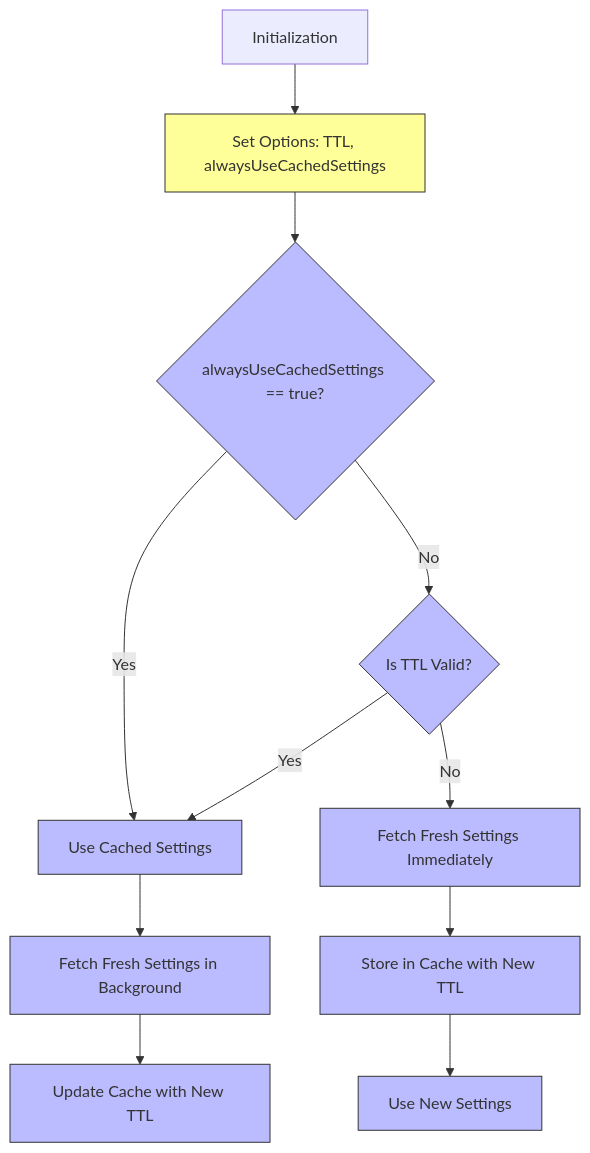
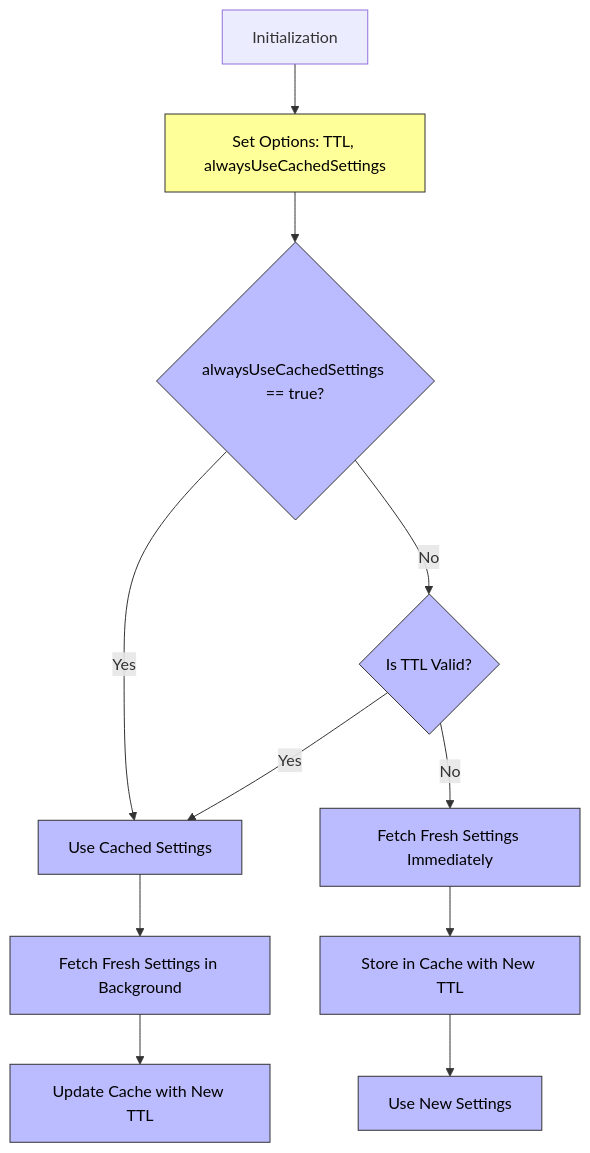
One commit to wingify/readme-central changed the diagram in docs/SDK Reference/mobile-sdks/fme-javascript/cache-settings.md. Above: the diagram before and after it, drawn with Mermaid.

Commit message:
Update doc `cache-settings`

````diff
--- a/docs/SDK Reference/mobile-sdks/fme-javascript/cache-settings.md
+++ b/docs/SDK Reference/mobile-sdks/fme-javascript/cache-settings.md
@@ -128,25 +128,26 @@
 ```mermaid
 flowchart TD
     A[Initialization] --> B[Set Options: TTL, alwaysUseCachedSettings]
     B --> C{alwaysUseCachedSettings == true?}
 
     %% If alwaysUseCachedSettings is true
     C -->|Yes| D[Use Cached Settings]
     D --> E[Fetch Fresh Settings in Background]
     E --> F[Update Cache with New TTL]
     
     %% If alwaysUseCachedSettings is false
     C -->|No| G{Is TTL Valid?}
 
     G -->|Yes| D[Use Cached Settings]
     
     G -->|No| K[Fetch Fresh Settings Immediately]
     K --> L[Store in Cache with New TTL]
     L --> M[Use New Settings]
 
-    classDef init fill:#ff9,stroke:#333,stroke-width:1px;
+    classDef init fill:#ff9,stroke:#333,stroke-width:1px,color:#000;
     class B init;
 
-    classDef logic fill:#bbf,stroke:#333,stroke-width:1px;
+    classDef logic fill:#bbf,stroke:#333,stroke-width:1px,color:#000;
     class C,D,E,F,G,H,I,J,K,L,M logic;
+
 ```
````
